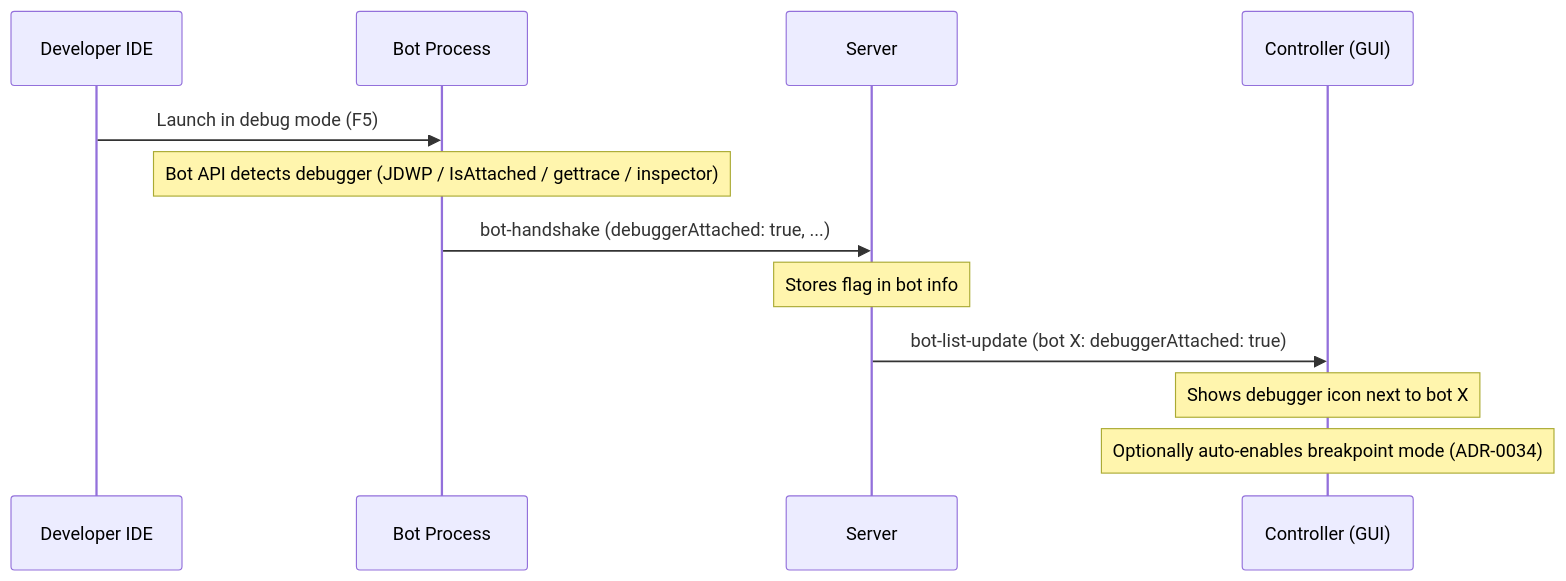
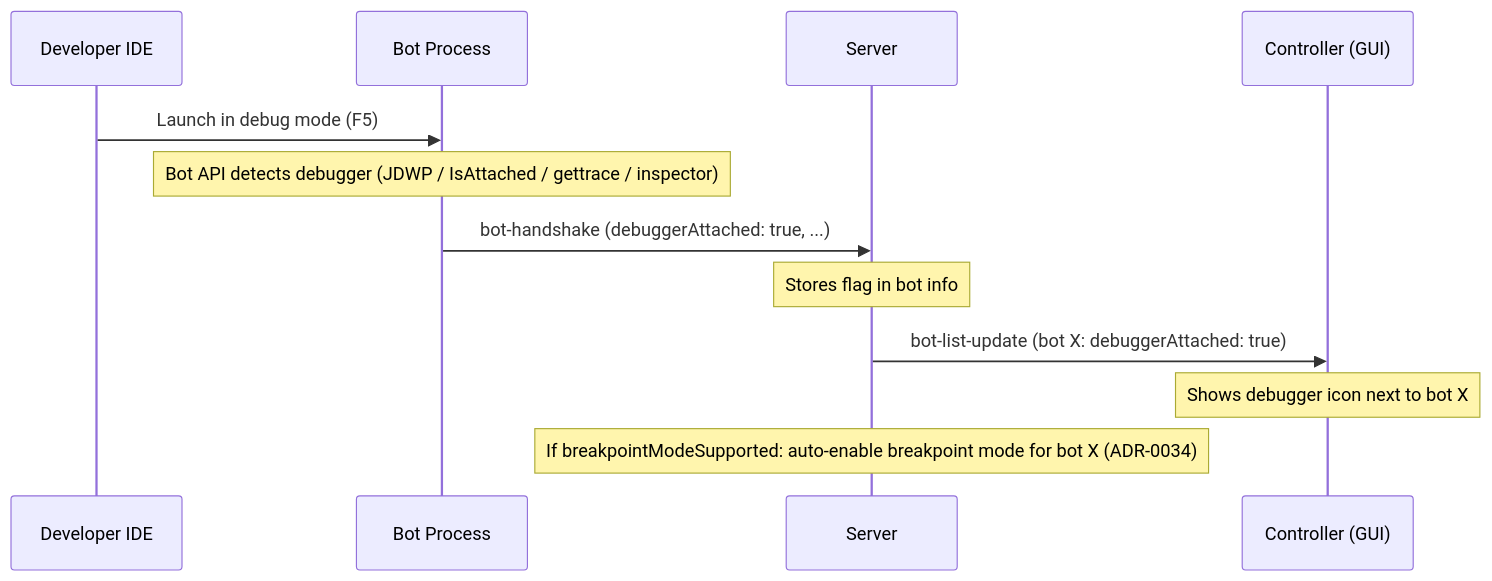
The diagram in docs-internal/architecture/adr/0035-bot-debugger-detection.md (robocode-dev/tank-royale), drawn with Mermaid before and after one commit. The commit also changed other lines of this file and 11 other files, not shown here.

First line of the commit message:
feat(server): add server-side breakpoint auto-enable and tournament mode config

````diff
--- a/docs-internal/architecture/adr/0035-bot-debugger-detection.md
+++ b/docs-internal/architecture/adr/0035-bot-debugger-detection.md
@@ -105,17 +107,18 @@
 ```mermaid
 sequenceDiagram
     participant IDE as Developer IDE
     participant Bot as Bot Process
     participant Server
     participant Controller as Controller (GUI)
 
     IDE->>Bot: Launch in debug mode (F5)
     Note over Bot: Bot API detects debugger (JDWP / IsAttached / gettrace / inspector)
 
     Bot->>Server: bot-handshake (debuggerAttached: true, ...)
     Note over Server: Stores flag in bot info
 
     Server->>Controller: bot-list-update (bot X: debuggerAttached: true)
     Note over Controller: Shows debugger icon next to bot X
-    Note over Controller: Optionally auto-enables breakpoint mode (ADR-0034)
+
+    Note over Server: If breakpointModeSupported: auto-enable breakpoint mode for bot X (ADR-0034)
 ```
````
